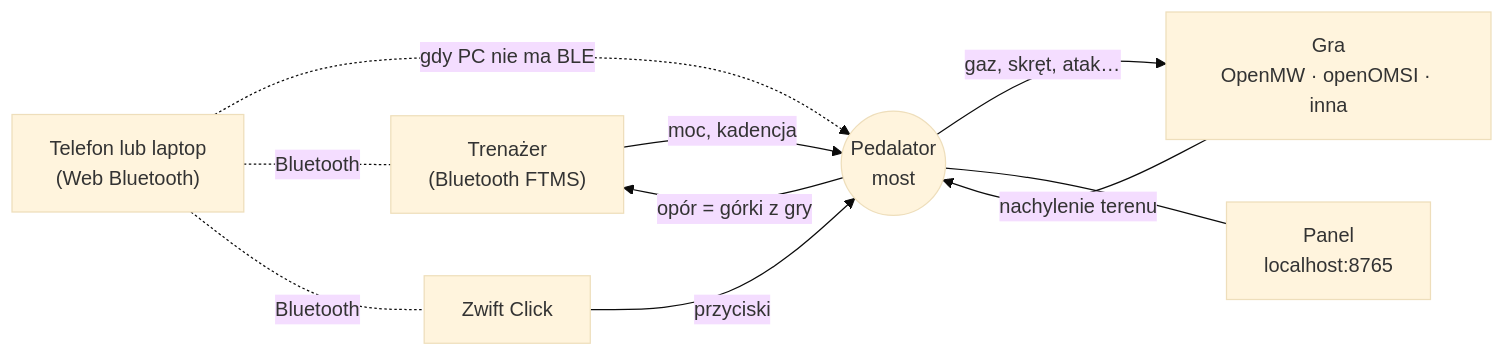
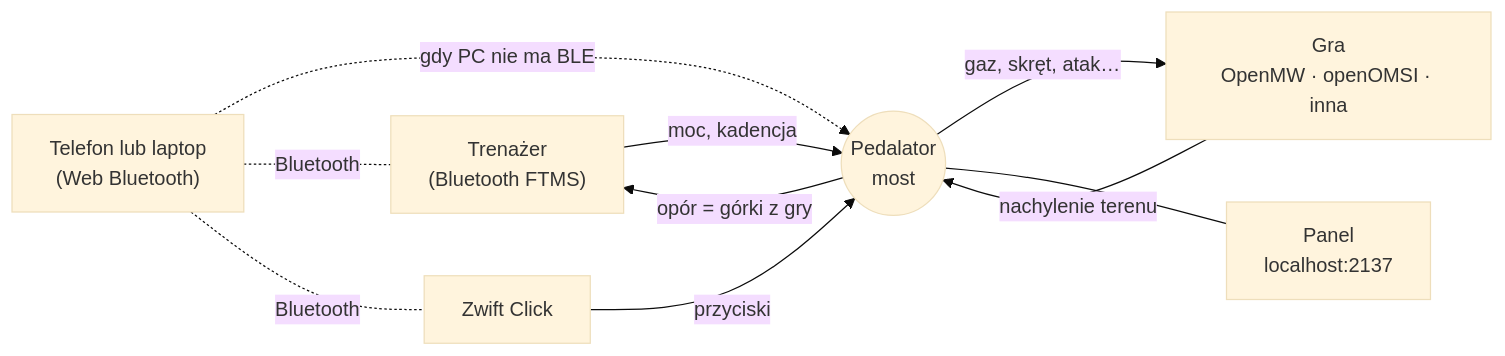
Before and after one commit to arielkuzminski/pedalator: the diagram in README.pl.md, drawn with Mermaid (base theme). The commit also changed other lines of this file and 10 other files, not shown here.

````diff
--- a/README.pl.md
+++ b/README.pl.md
@@ -48,12 +48,12 @@
 ```mermaid
 flowchart LR
     T["Trenażer<br/>(Bluetooth FTMS)"] -- moc, kadencja --> B
     C["Zwift Click"] -- przyciski --> B
     B(("Pedalator<br/>most")) -- "opór = górki z gry" --> T
     B -- "gaz, skręt, atak…" --> G["Gra<br/>OpenMW · openOMSI · inna"]
     G -- "nachylenie terenu" --> B
-    B --- D["Panel<br/>localhost:8765"]
+    B --- D["Panel<br/>localhost:2137"]
     P["Telefon lub laptop<br/>(Web Bluetooth)"] -. "gdy PC nie ma BLE" .-> B
     P -. Bluetooth .- T
     P -. Bluetooth .- C
 ```
````
